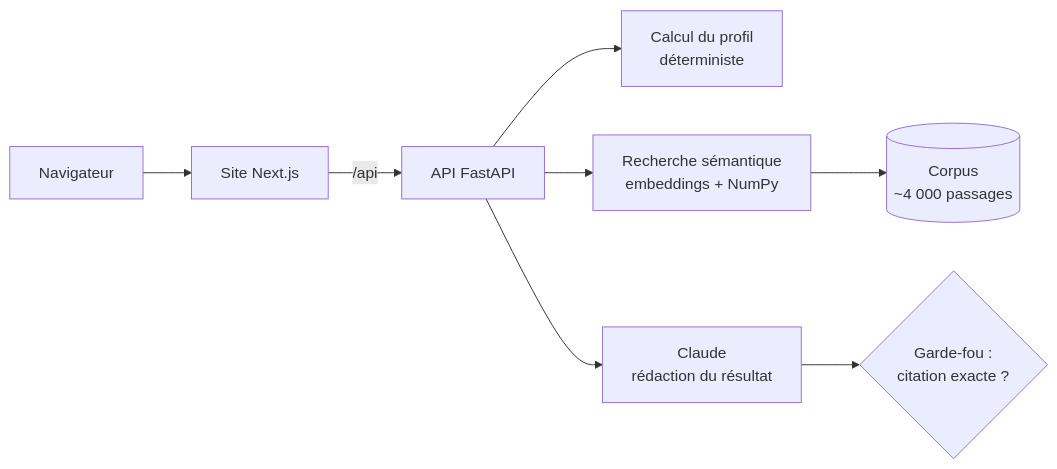
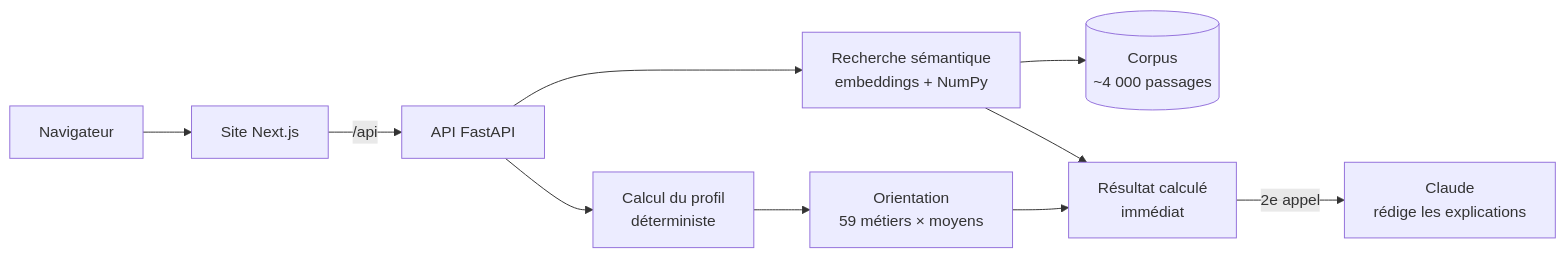
The diagram in README.md (taounisami-netizen/philo-metier), drawn with Mermaid before and after one commit. The commit also changed other lines of this file and 20 other files, not shown here.

Commit message:
V2 : le calcul choisit le métier (59 métiers × moyens), Claude rédige ensuite

````diff
--- a/README.md
+++ b/README.md
@@ -25,10 +26,12 @@
 ```mermaid
 flowchart LR
     U[Navigateur] --> N[Site Next.js]
     N -->|/api| F[API FastAPI]
     F --> S[Calcul du profil<br/>déterministe]
+    S --> O[Orientation<br/>59 métiers × moyens]
     F --> R[Recherche sémantique<br/>embeddings + NumPy]
     R --> C[(Corpus<br/>~4 000 passages)]
-    F --> L[Claude<br/>rédaction du résultat]
-    L --> G{Garde-fou :<br/>citation exacte ?}
+    O --> X[Résultat calculé<br/>immédiat]
+    R --> X
+    X -->|2e appel| L[Claude<br/>rédige les explications]
 ```
````
